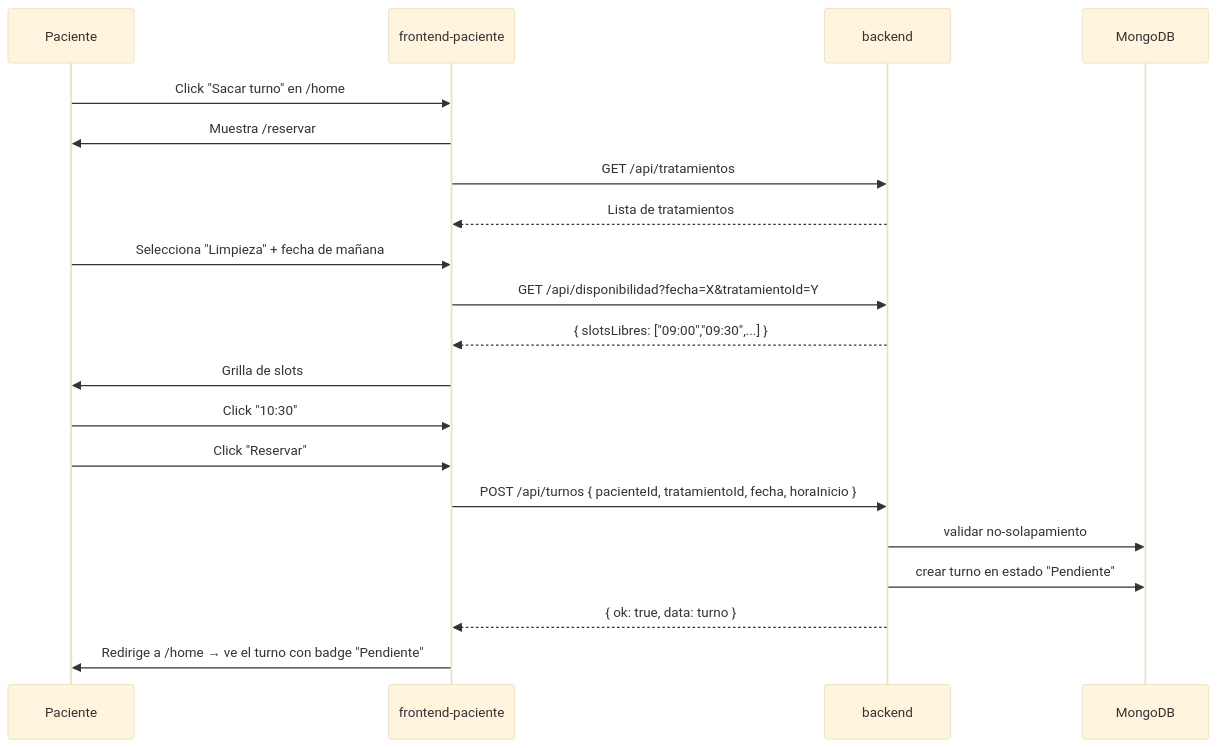
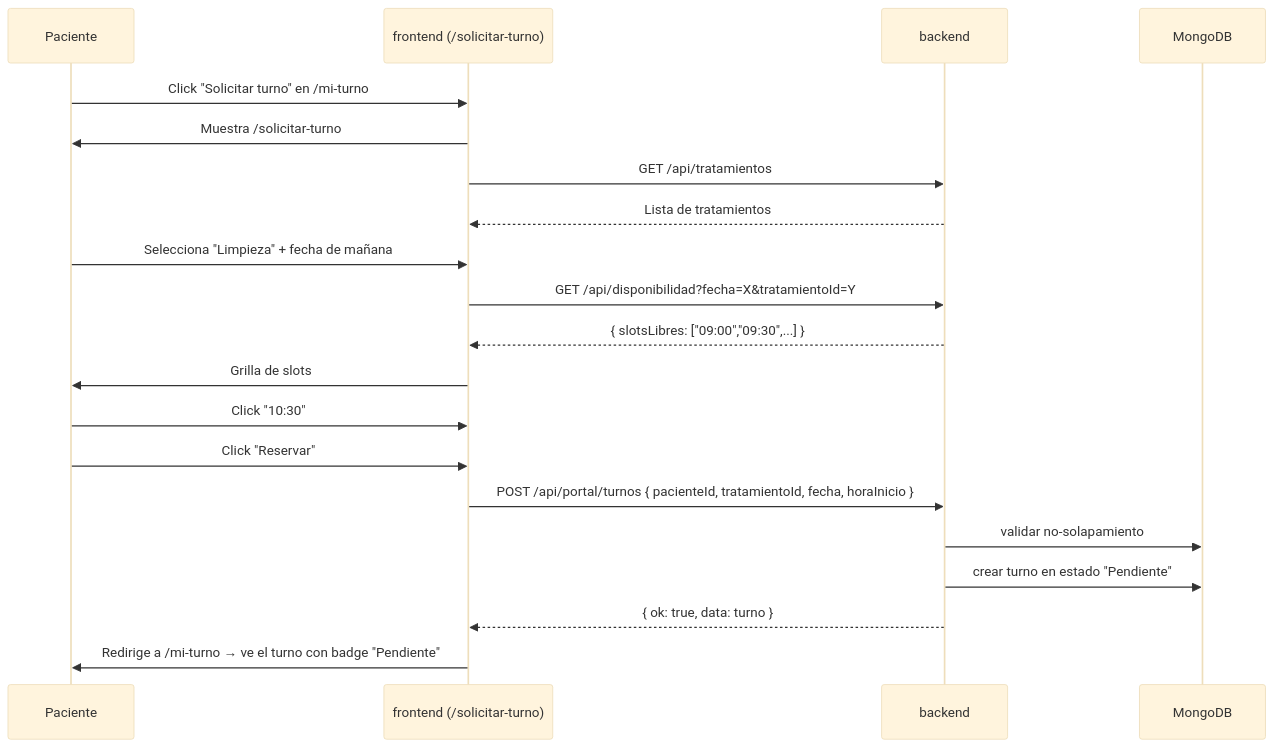
Before and after one commit to sergioibanezamaya/bdd_2: the second of 2 diagrams in docs/09-portal-paciente.md, drawn with Mermaid (base theme). The commit also changed other lines of this file and 32 other files, not shown here.

````diff
--- a/docs/09-portal-paciente.md
+++ b/docs/09-portal-paciente.md
@@ -157,22 +161,22 @@
 ```mermaid
 sequenceDiagram
     participant P as Paciente
-    participant FE as frontend-paciente
+    participant FE as frontend (/solicitar-turno)
     participant BE as backend
     participant DB as MongoDB
-    P->>FE: Click "Sacar turno" en /home
-    FE->>P: Muestra /reservar
+    P->>FE: Click "Solicitar turno" en /mi-turno
+    FE->>P: Muestra /solicitar-turno
     FE->>BE: GET /api/tratamientos
     BE-->>FE: Lista de tratamientos
     P->>FE: Selecciona "Limpieza" + fecha de mañana
     FE->>BE: GET /api/disponibilidad?fecha=X&tratamientoId=Y
     BE-->>FE: { slotsLibres: ["09:00","09:30",...] }
     FE->>P: Grilla de slots
     P->>FE: Click "10:30"
     P->>FE: Click "Reservar"
-    FE->>BE: POST /api/turnos { pacienteId, tratamientoId, fecha, horaInicio }
+    FE->>BE: POST /api/portal/turnos { pacienteId, tratamientoId, fecha, horaInicio }
     BE->>DB: validar no-solapamiento
     BE->>DB: crear turno en estado "Pendiente"
     BE-->>FE: { ok: true, data: turno }
-    FE->>P: Redirige a /home → ve el turno con badge "Pendiente"
+    FE->>P: Redirige a /mi-turno → ve el turno con badge "Pendiente"
 ```
````
